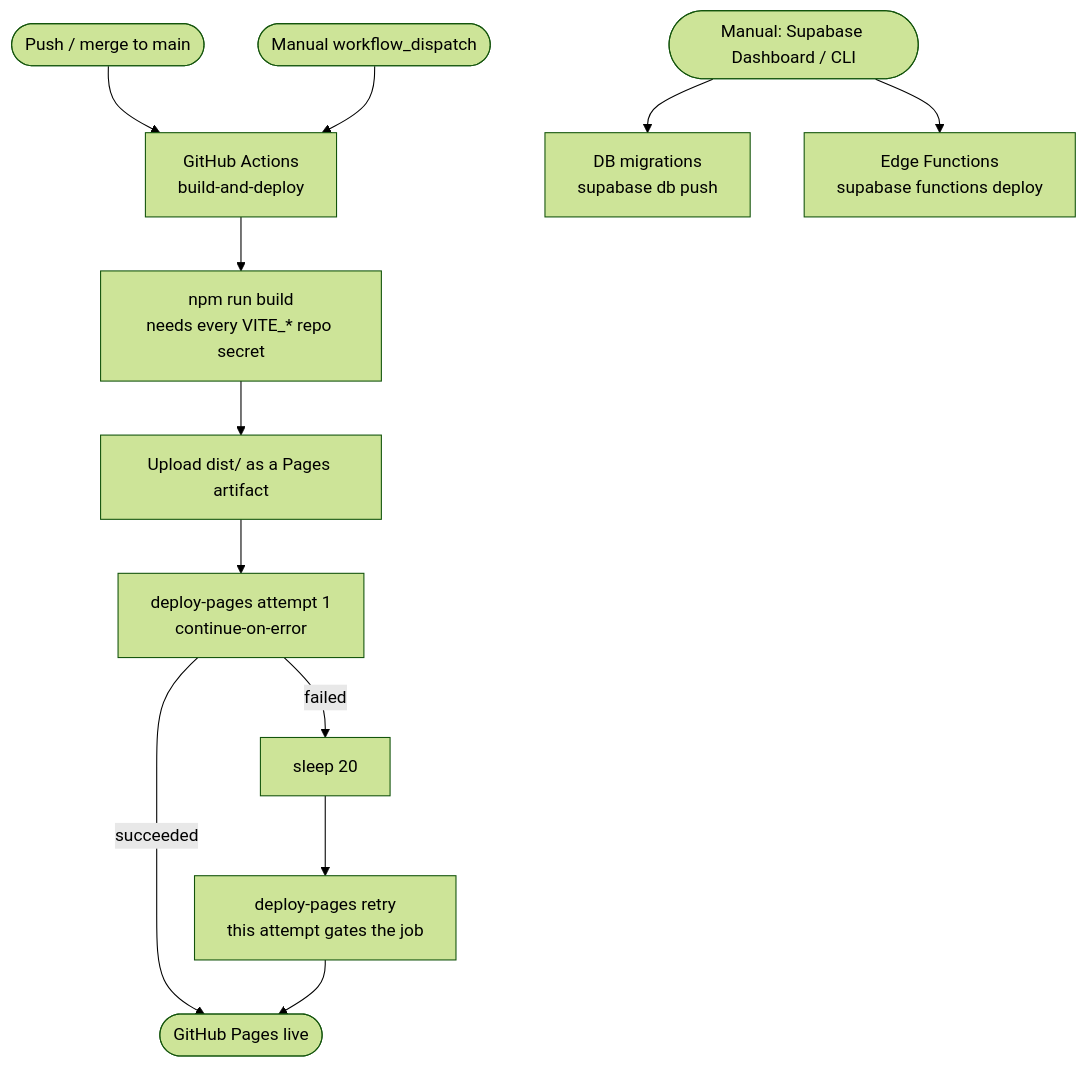
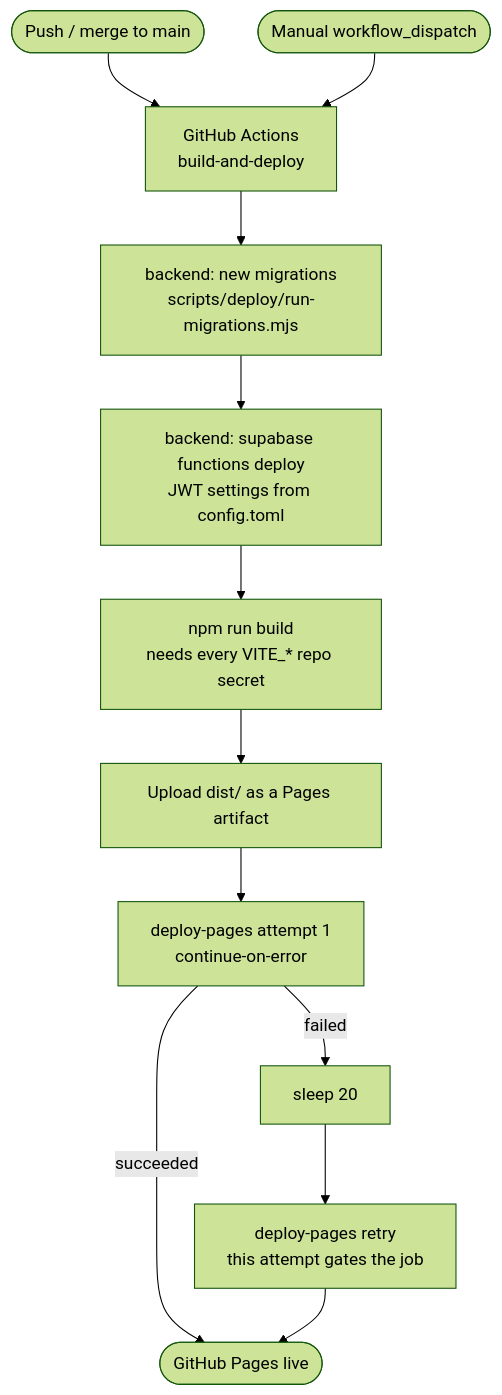
Before and after one commit to Lasciviens/Project_Daily: the third of 3 diagrams in README.md, drawn with Mermaid (forest theme). The commit also changed other lines of this file and 14 other files, not shown here.

````diff
--- a/README.md
+++ b/README.md
@@ -244,15 +245,15 @@
 ```mermaid
 flowchart TD
     PUSH([Push / merge to main]) --> GHA[GitHub Actions<br/>build-and-deploy]
     DISPATCH([Manual workflow_dispatch]) --> GHA
-    GHA --> VITE[npm run build<br/>needs every VITE_* repo secret]
+    GHA --> MIG[backend: new migrations<br/>scripts/deploy/run-migrations.mjs]
+    MIG --> FN[backend: supabase functions deploy<br/>JWT settings from config.toml]
+    FN --> VITE[npm run build<br/>needs every VITE_* repo secret]
     VITE --> ARTIFACT[Upload dist/ as a Pages artifact]
     ARTIFACT --> D1[deploy-pages attempt 1<br/>continue-on-error]
     D1 -- succeeded --> PAGES([GitHub Pages live])
     D1 -- failed --> WAIT[sleep 20]
     WAIT --> D2[deploy-pages retry<br/>this attempt gates the job]
     D2 --> PAGES
 
-    MANUAL([Manual: Supabase Dashboard / CLI]) --> MIGRATIONS[DB migrations<br/>supabase db push]
-    MANUAL --> FUNCTIONS[Edge Functions<br/>supabase functions deploy]
 ```
````
